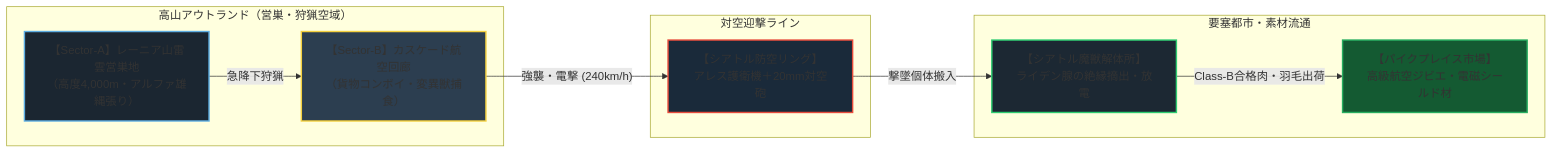
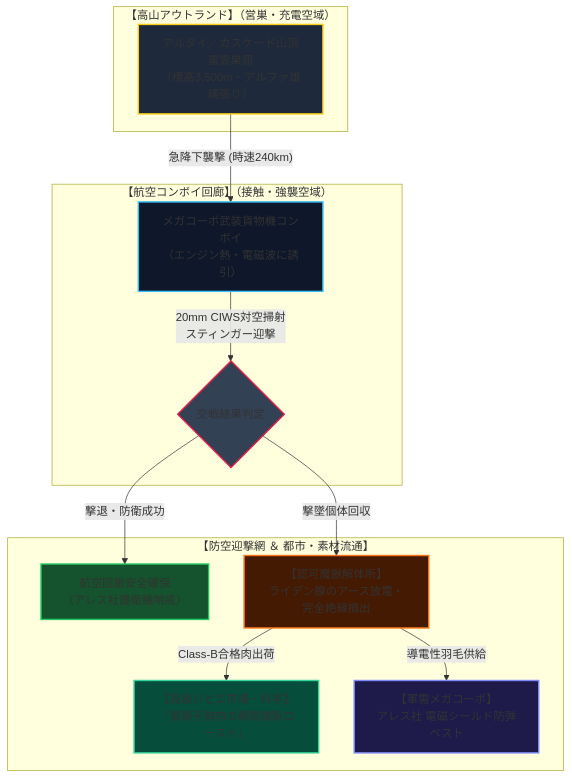
The second of 3 diagrams in creatures/002_thunder_gryphon.md (takenoriohno-cloud/world-building), drawn with Mermaid before and after one commit. The commit also changed other lines of this file and 12 other files, not shown here.

````diff
--- a/creatures/002_thunder_gryphon.md
+++ b/creatures/002_thunder_gryphon.md
@@ -63,19 +117,24 @@
 ```mermaid
-graph LR
-    subgraph "高山アウトランド（営巣・狩猟空域）"
-        A["【Sector-A】レーニア山雷雲営巣地<br>（高度4,000m・アルファ雄縄張り）"] -->|"急降下狩猟"| B["【Sector-B】カスケード航空回廊<br>（貨物コンボイ・変異獣捕食）"]
+flowchart TD
+    subgraph "【高山アウトランド】（営巣・充電空域）"
+        A["アルタイ／カスケード山頂雷雲巣窟<br>（標高3,500m・アルファ雄縄張り）"]
     end
-    subgraph "対空迎撃ライン"
-        B -->|"強襲・電撃 (240km/h)"| W["【シアトル防空リング】<br>アレス護衛機＋20mm対空砲"]
+    subgraph "【航空コンボイ回廊】（接触・強襲空域）"
+        A -->|"急降下襲撃 (時速240km)"| B["メガコーポ武装貨物機コンボイ<br>（エンジン熱・電磁波に誘引）"]
+        B -->|"20mm CIWS対空掃射<br>スティンガー迎撃"| C{"交戦結果判定"}
     end
-    subgraph "要塞都市・素材流通"
-        W -->|"撃墜個体搬入"| H["【シアトル魔獣解体所】<br>ライデン腺の絶縁摘出・放電"]
-        H -->|"Class-B合格肉・羽毛出荷"| T["【パイクプレイス市場】<br>高級航空ジビエ・電磁シールド材"]
+    subgraph "【防空迎撃網 ＆ 都市・素材流通】"
+        C -->|"撃退・防衛成功"| D["航空回廊安全確保<br>（アレス社護衛機哨戒）"]
+        C -->|"撃墜個体回収"| E["【認可魔獣解体所】<br>ライデン腺のアース放電・完全絶縁摘出"]
+        E -->|"Class-B合格肉出荷"| F["【高級ジビエ市場・料亭】<br>『鷲獅子胸肉の瞬間燻製ロースト』"]
+        E -->|"導電性羽毛供給"| G["【軍需メガコーポ】<br>アレス社 電磁シールド防弾ベスト"]
     end
 
-    style A fill:#1b2631,stroke:#5dade2,stroke-width:2px;
-    style B fill:#2c3e50,stroke:#f4d03f,stroke-width:2px;
-    style W fill:#1a2a3a,stroke:#e74c3c,stroke-width:2px;
-    style H fill:#1c2833,stroke:#2ecc71,stroke-width:2px;
-    style T fill:#145a32,stroke:#27ae60,stroke-width:2px;
+    style A fill:#1e293b,stroke:#facc15,stroke-width:2px;
+    style B fill:#0f172a,stroke:#38bdf8,stroke-width:2px;
+    style C fill:#334155,stroke:#e11d48,stroke-width:2px;
+    style D fill:#14532d,stroke:#22c55e,stroke-width:2px;
+    style E fill:#451a03,stroke:#f97316,stroke-width:2px;
+    style F fill:#064e3b,stroke:#34d399,stroke-width:2px;
+    style G fill:#1e1b4b,stroke:#818cf8,stroke-width:2px;
 ```
````
